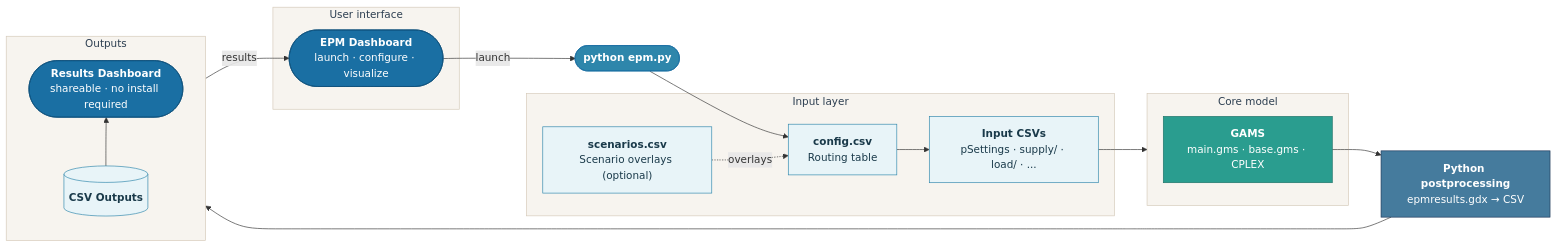
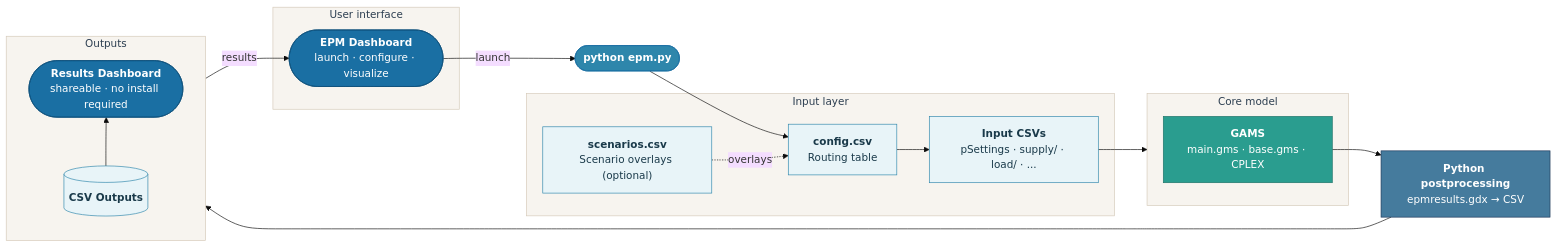
One commit to ESMAP-World-Bank-Group/EPM changed the diagram in docs/introduction/tempo.md. Above: the diagram before and after it, drawn with Mermaid.

````diff
--- a/docs/introduction/tempo.md
+++ b/docs/introduction/tempo.md
@@ -3,55 +3,56 @@
 ```mermaid
+%%{init: {'theme': 'base', 'themeVariables': {'fontSize': '16px'}}}%%
 flowchart LR
     subgraph ui ["User interface"]
         DASH(["<b>EPM Dashboard</b>\nlaunch · configure · visualize"])
     end
 
     CLI(["<b>python epm.py</b>"])
 
     subgraph inputs ["Input layer"]
         CONFIG["<b>config.csv</b>\nRouting table"]
         SCEN["<b>scenarios.csv</b>\nScenario overlays (optional)"]
         CSV["<b>Input CSVs</b>\npSettings · supply/ · load/ · ..."]
     end
 
     subgraph core ["Core model"]
         GAMS["<b>GAMS</b>\nmain.gms · base.gms · CPLEX"]
     end
 
     POST["<b>Python postprocessing</b>\nepmresults.gdx → CSV"]
 
     subgraph outputs ["Outputs"]
         direction BT
         OUT[("<b>CSV Outputs</b>")]
         RDASH(["<b>Results Dashboard</b>\nshareable · no install required"])
     end
 
     DASH -->|launch| CLI
     CLI --> CONFIG
     SCEN -.->|overlays| CONFIG
     CONFIG --> CSV
     CSV --> core
     GAMS --> POST
     POST --> OUT
     OUT -->|results| DASH
     OUT --> RDASH
 
     classDef dashboard fill:#1a6fa3,stroke:#0d4f7a,color:#fff
     classDef cli fill:#2e86ab,stroke:#1a6fa3,color:#fff
     classDef inputNode fill:#e8f4f8,stroke:#2e86ab,color:#1a3a4a
     classDef coreNode fill:#2a9d8f,stroke:#1f7268,color:#fff
     classDef postNode fill:#457b9d,stroke:#1d3557,color:#fff
     classDef outNode fill:#1d3557,stroke:#0d2035,color:#fff
 
     class DASH,RDASH dashboard
     class CLI cli
     class CONFIG,SCEN,CSV inputNode
     class GAMS coreNode
     class POST postNode
     class OUT inputNode
 
     style ui fill:#f7f4ef,stroke:#d4c9b8,color:#2c3e50
     style inputs fill:#f7f4ef,stroke:#d4c9b8,color:#2c3e50
     style core fill:#f7f4ef,stroke:#d4c9b8,color:#2c3e50
     style outputs fill:#f7f4ef,stroke:#d4c9b8,color:#2c3e50
 ```
````
